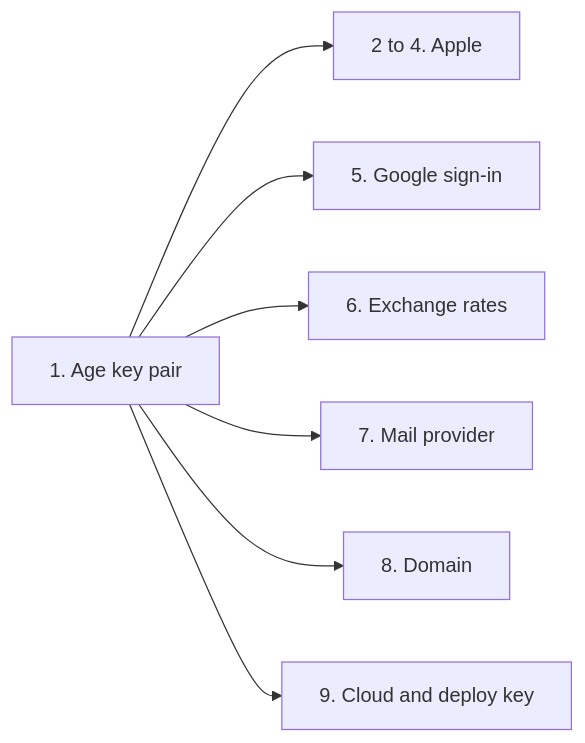
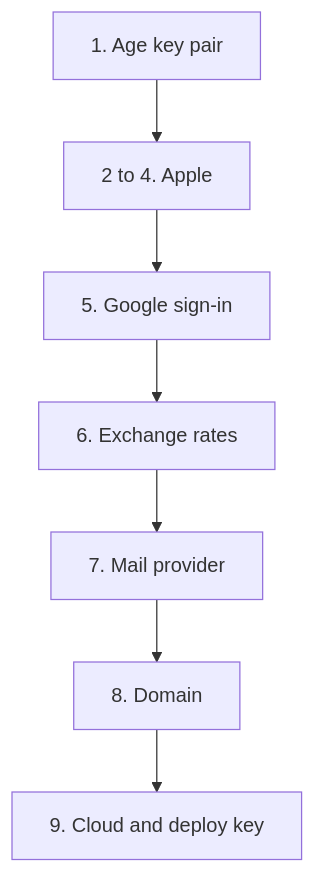
The diagram in infra/wizard/README.md (ravialdyh/my-money-recap-monorepo), drawn with Mermaid before and after one commit. The commit also changed other lines of this file and 16 other files, not shown here.

````diff
--- a/infra/wizard/README.md
+++ b/infra/wizard/README.md
@@ -10,16 +10,16 @@
 ```mermaid
-flowchart LR
+flowchart TD
     s1["1. Age key pair"]
     apple["2 to 4. Apple"]
     google["5. Google sign-in"]
     rates["6. Exchange rates"]
     mail["7. Mail provider"]
     domain["8. Domain"]
     cloud["9. Cloud and deploy key"]
     s1 --> apple
-    s1 --> google
-    s1 --> rates
-    s1 --> mail
-    s1 --> domain
-    s1 --> cloud
+    apple --> google
+    google --> rates
+    rates --> mail
+    mail --> domain
+    domain --> cloud
 ```
````
